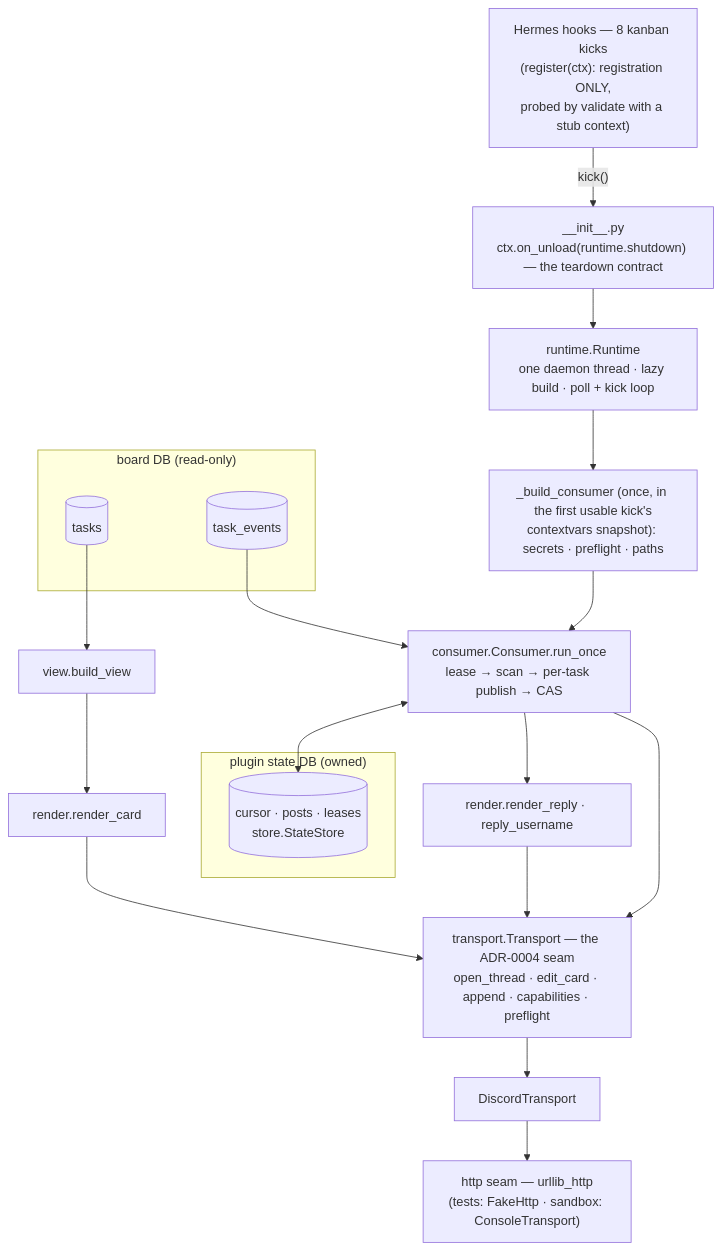
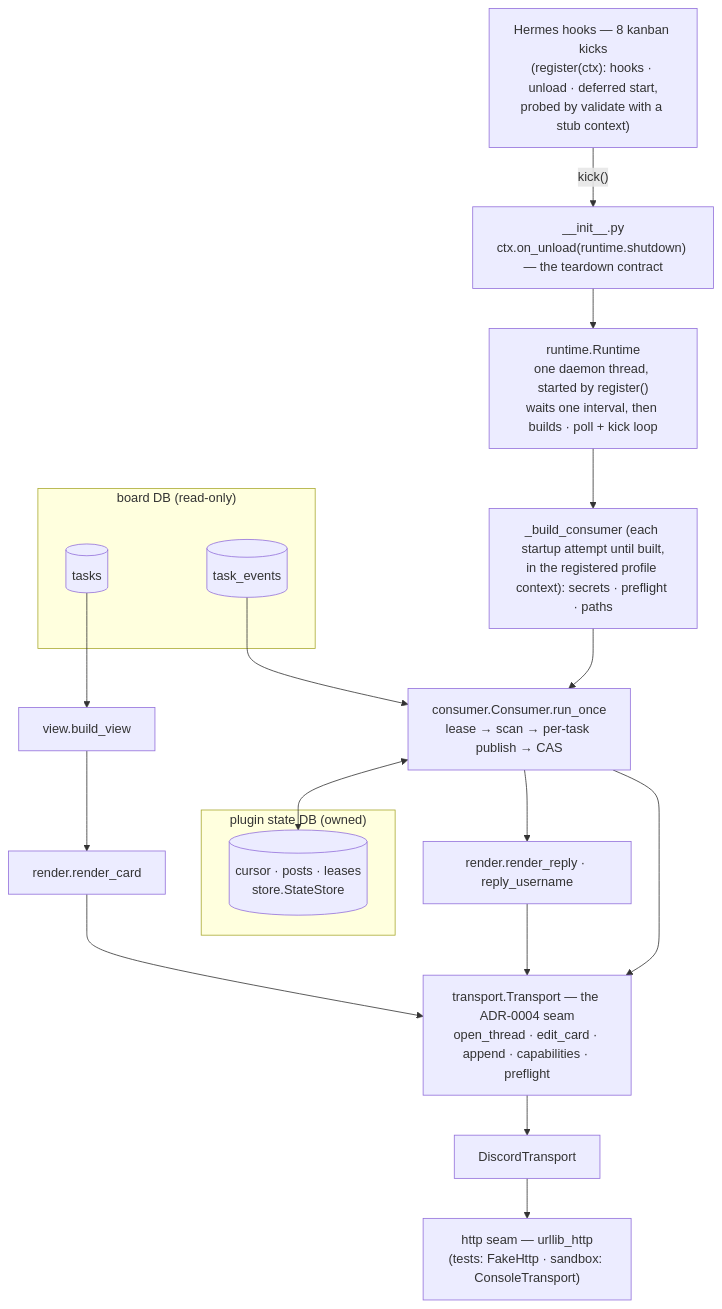
The first of 2 diagrams in ARCHITECTURE.md (diegomarino/kanban-task-threads), drawn with Mermaid before and after one commit. The commit also changed other lines of this file and 10 other files, not shown here.

Commit message:
fix(runtime): make every profile a resilient lease candidate

````diff
--- a/ARCHITECTURE.md
+++ b/ARCHITECTURE.md
@@ -9,30 +9,30 @@
 ```mermaid
 flowchart TB
-    hooks["Hermes hooks — 8 kanban kicks<br/>(register(ctx): registration ONLY,<br/>probed by validate with a stub context)"]
+    hooks["Hermes hooks — 8 kanban kicks<br/>(register(ctx): hooks · unload · deferred start,<br/>probed by validate with a stub context)"]
     entry["__init__.py<br/>ctx.on_unload(runtime.shutdown) — the teardown contract"]
-    runtime["runtime.Runtime<br/>one daemon thread · lazy build · poll + kick loop"]
-    build["_build_consumer (once, in the first usable kick's<br/>contextvars snapshot): secrets · preflight · paths"]
+    runtime["runtime.Runtime<br/>one daemon thread, started by register()<br/>waits one interval, then builds · poll + kick loop"]
+    build["_build_consumer (each startup attempt until built,<br/>in the registered profile context): secrets · preflight · paths"]
 
     subgraph boarddb["board DB (read-only)"]
         tasks[(tasks)]
         events[(task_events)]
     end
     subgraph statedb["plugin state DB (owned)"]
         store[("cursor · posts · leases<br/>store.StateStore")]
     end
 
     consumer["consumer.Consumer.run_once<br/>lease → scan → per-task publish → CAS"]
     viewm["view.build_view"]
     card["render.render_card"]
     reply["render.render_reply · reply_username"]
     seam["transport.Transport — the ADR-0004 seam<br/>open_thread · edit_card · append · capabilities · preflight"]
     discord["DiscordTransport"]
     http["http seam — urllib_http<br/>(tests: FakeHttp · sandbox: ConsoleTransport)"]
 
     hooks -->|"kick()"| entry --> runtime --> build --> consumer
     events --> consumer
     tasks --> viewm --> card --> seam
     consumer <--> store
     consumer --> reply --> seam
     consumer --> seam --> discord --> http
 ```
````
